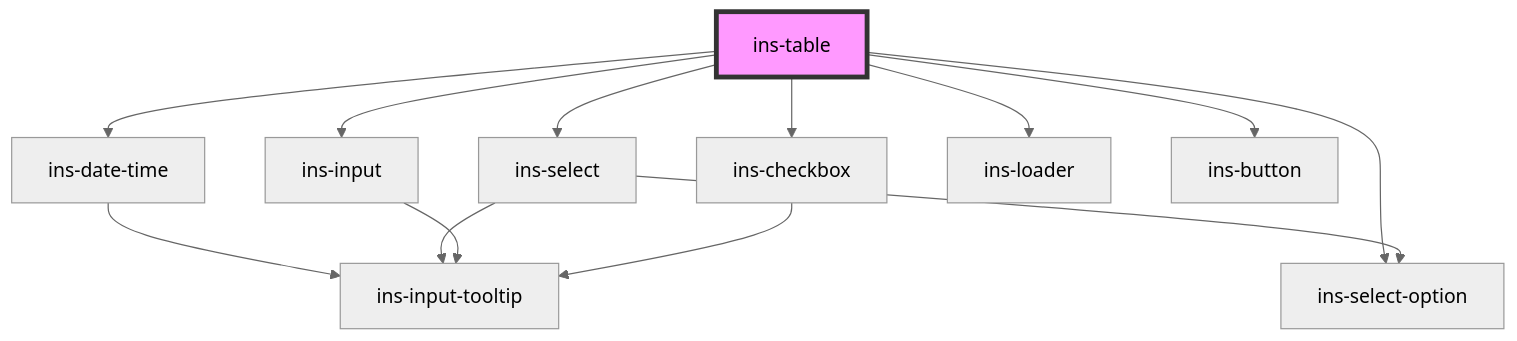
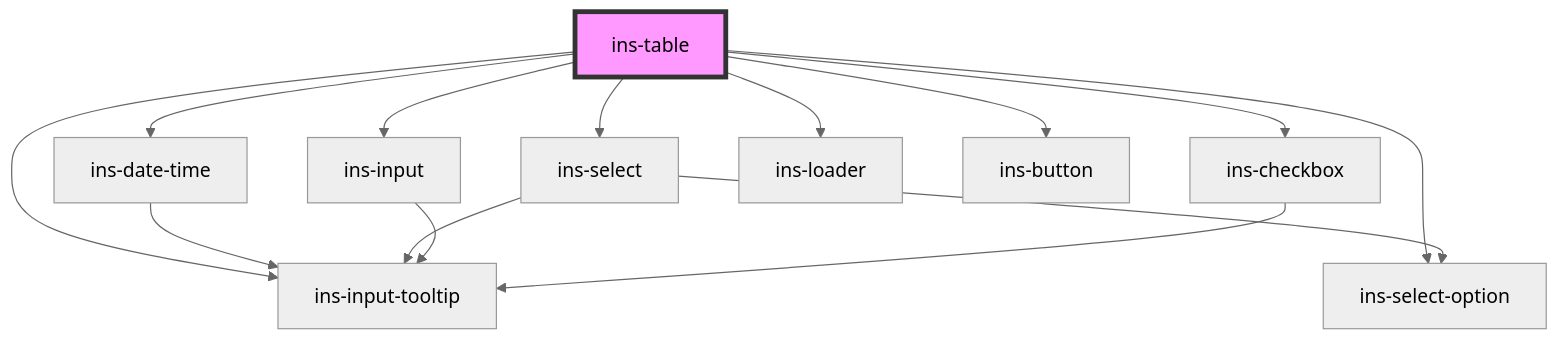
The diagram in components/src/components/ins-table/readme.md (insites-io/insites-components-v2), drawn with Mermaid (neutral theme) before and after one commit. The commit also changed other lines of this file and 12 other files, not shown here.

Commit message:
[TW#24825278,TW#24830884] ins-filter add date-format, ins-timeline-item add hex-color

````diff
--- a/components/src/components/ins-table/readme.md
+++ b/components/src/components/ins-table/readme.md
@@ -113,16 +115,17 @@
 ```mermaid
 graph TD;
   ins-table --> ins-date-time
   ins-table --> ins-select
   ins-table --> ins-select-option
   ins-table --> ins-input
+  ins-table --> ins-input-tooltip
   ins-table --> ins-checkbox
   ins-table --> ins-loader
   ins-table --> ins-button
   ins-date-time --> ins-input-tooltip
   ins-select --> ins-input-tooltip
   ins-select --> ins-select-option
   ins-input --> ins-input-tooltip
   ins-checkbox --> ins-input-tooltip
   style ins-table fill:#f9f,stroke:#333,stroke-width:4px
 ```
````
